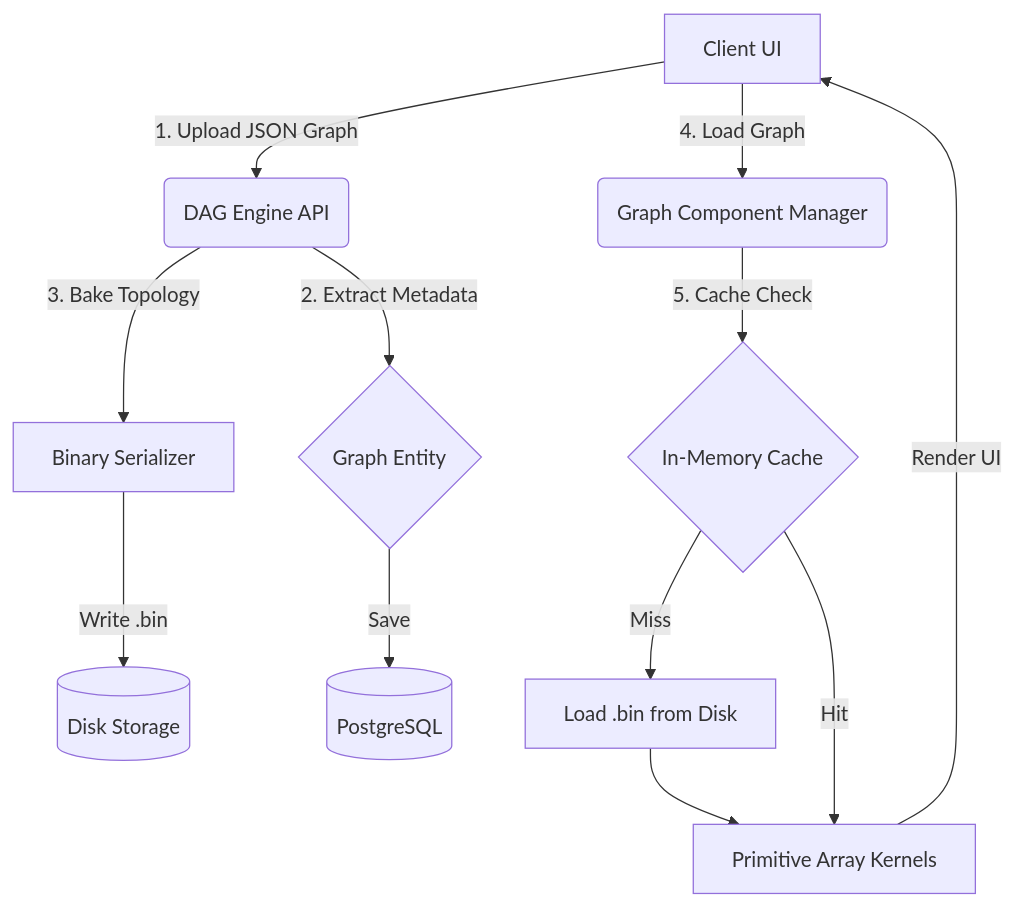
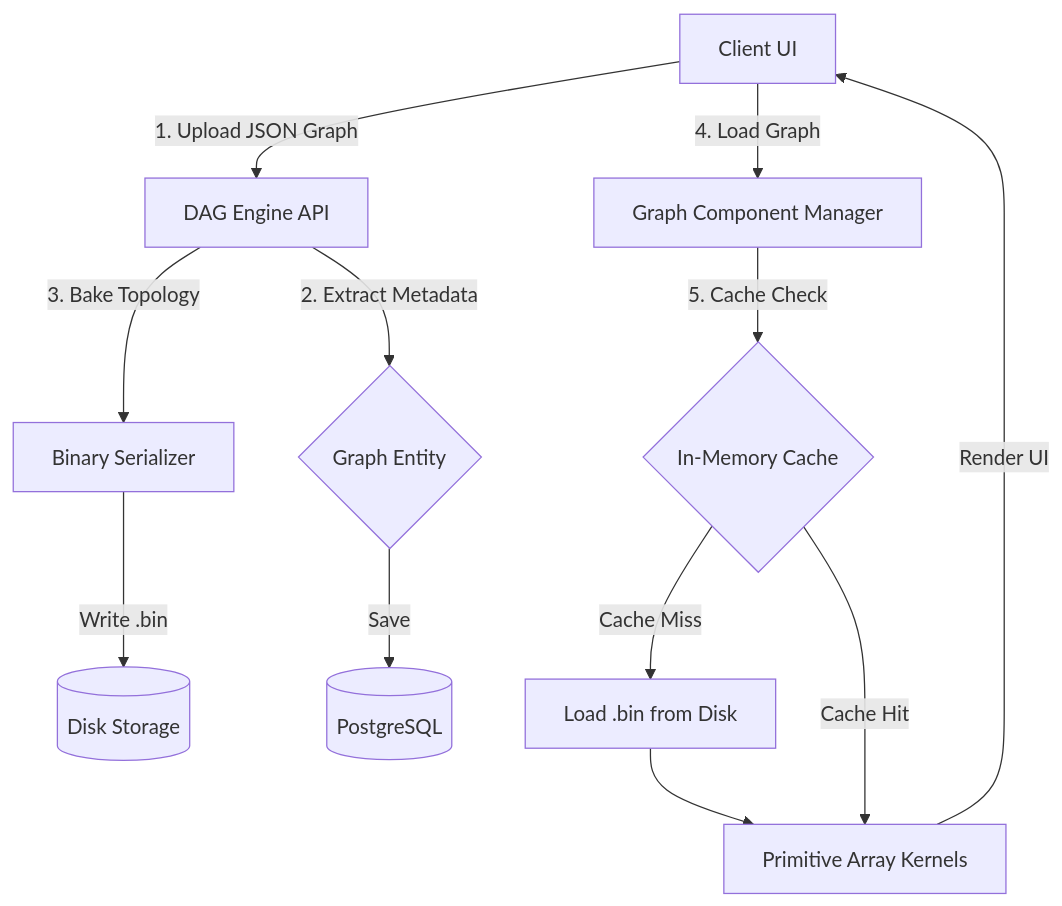
Before and after one commit to adityakumar565/Project-Nexus: the first of 2 diagrams in README.md, drawn with Mermaid. The commit also changed other lines of this file, not shown here.

Commit message:
docs: fix mermaid syntax and markdown formatting in README.md

````diff
--- a/README.md
+++ b/README.md
@@ -13,15 +13,15 @@
 ```mermaid
 flowchart TD
-    A[Client UI] -->|1. Upload JSON Graph| B(DAG Engine API)
-    B -->|2. Extract Metadata| C{Graph Entity}
-    B -->|3. Bake Topology| D[Binary Serializer]
-    D -->|Write .bin| E[(Disk Storage)]
-    C -->|Save| F[(PostgreSQL)]
+    A["Client UI"] -->|"1. Upload JSON Graph"| B["DAG Engine API"]
+    B -->|"2. Extract Metadata"| C{"Graph Entity"}
+    B -->|"3. Bake Topology"| D["Binary Serializer"]
+    D -->|"Write .bin"| E[("Disk Storage")]
+    C -->|"Save"| F[("PostgreSQL")]
 
-    A -->|4. Load Graph| G(Graph Component Manager)
-    G -->|5. Cache Check| H{In-Memory Cache}
-    H -- Miss --> I[Load .bin from Disk]
-    I --> J[Primitive Array Kernels]
-    H -- Hit --> J
-    J -->|Render UI| A
+    A -->|"4. Load Graph"| G["Graph Component Manager"]
+    G -->|"5. Cache Check"| H{"In-Memory Cache"}
+    H -->|"Cache Miss"| I["Load .bin from Disk"]
+    I --> J["Primitive Array Kernels"]
+    H -->|"Cache Hit"| J
+    J -->|"Render UI"| A
 ```
````
